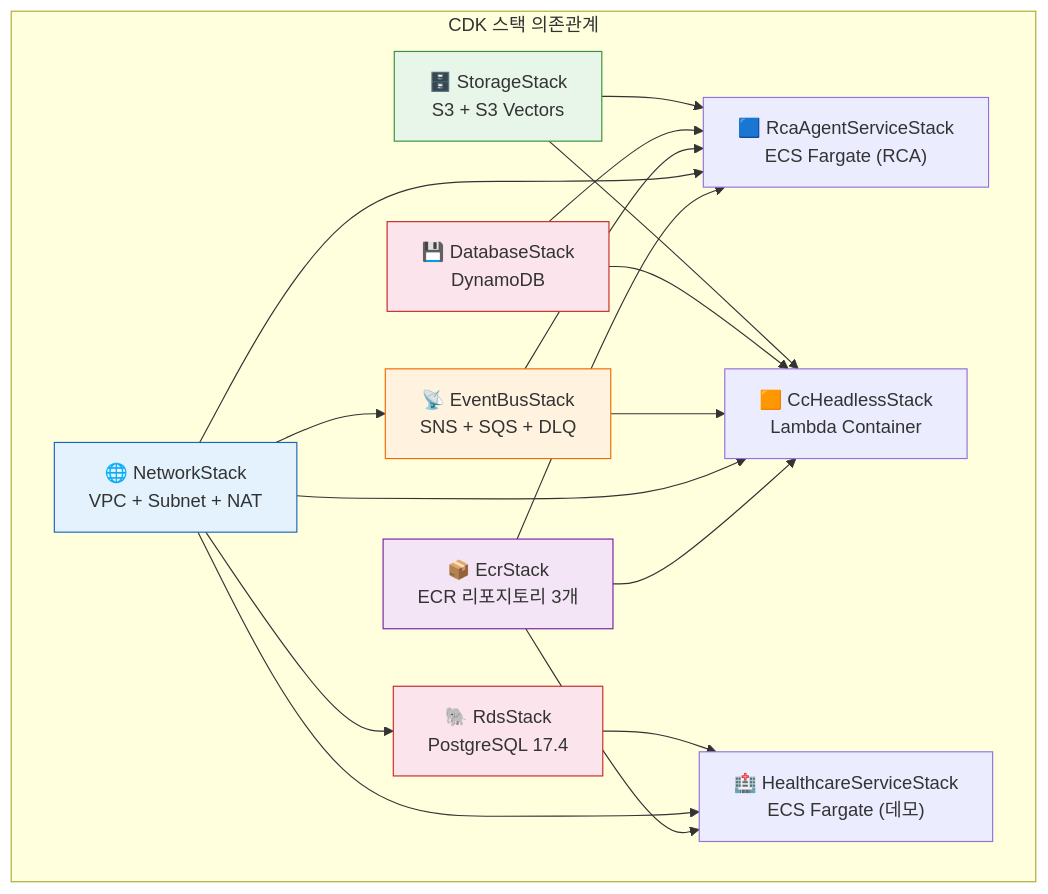
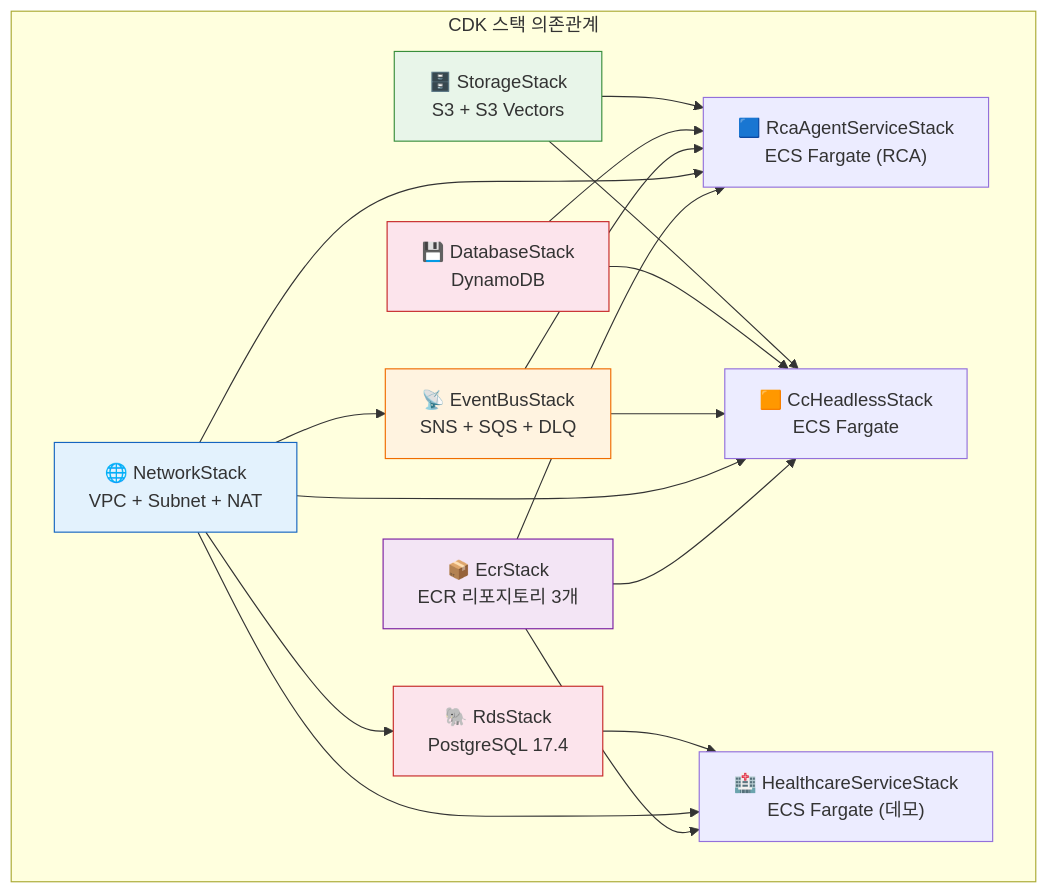
Before and after one commit to haandol/rca-agent: the third of 19 diagrams in docs/system-guide-for-ops.md, drawn with Mermaid. The commit also changed other lines of this file and 2 other files, not shown here.

First line of the commit message:
docs: README 시크릿 설정·인프라 배포 섹션 추가, CC Headless Lambda→Fargate 반영

````diff
--- a/docs/system-guide-for-ops.md
+++ b/docs/system-guide-for-ops.md
@@ -133,37 +133,37 @@
 ```mermaid
 graph TB
     subgraph Infra["CDK 스택 의존관계"]
         ECR["📦 EcrStack<br/>ECR 리포지토리 3개"]
         NET["🌐 NetworkStack<br/>VPC + Subnet + NAT"]
         EVENT["📡 EventBusStack<br/>SNS + SQS + DLQ"]
         DB["💾 DatabaseStack<br/>DynamoDB"]
         STORAGE["🗄️ StorageStack<br/>S3 + S3 Vectors"]
         RDS["🐘 RdsStack<br/>PostgreSQL 17.4"]
         AGENT["🟦 RcaAgentServiceStack<br/>ECS Fargate (RCA)"]
-        CC["🟧 CcHeadlessStack<br/>Lambda Container"]
+        CC["🟧 CcHeadlessStack<br/>ECS Fargate"]
         HEALTH["🏥 HealthcareServiceStack<br/>ECS Fargate (데모)"]
     end
 
     ECR --> AGENT
     ECR --> CC
     ECR --> HEALTH
     NET --> EVENT
     NET --> AGENT
     NET --> CC
     NET --> HEALTH
     NET --> RDS
     EVENT --> AGENT
     EVENT --> CC
     DB --> AGENT
     DB --> CC
     STORAGE --> AGENT
     STORAGE --> CC
     RDS --> HEALTH
 
     style ECR fill:#f3e5f5,stroke:#7b1fa2
     style NET fill:#e3f2fd,stroke:#1565c0
     style EVENT fill:#fff3e0,stroke:#ef6c00
     style DB fill:#fce4ec,stroke:#c62828
     style STORAGE fill:#e8f5e9,stroke:#388e3c
     style RDS fill:#fce4ec,stroke:#c62828
 ```
````
